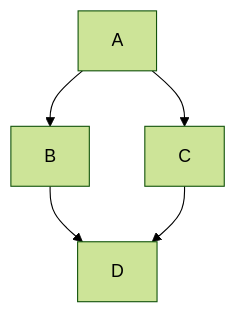
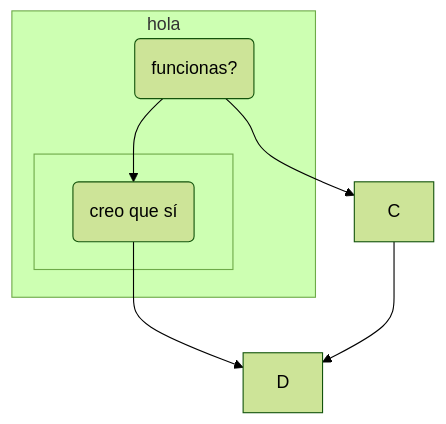
One commit to MiguelEstebanG/diagram changed the diagram in README.md. Above: the diagram before and after it, drawn with Mermaid (forest theme).

````diff
--- a/README.md
+++ b/README.md
@@ -3,10 +3,18 @@
 ```mermaid
 
 graph TD;
     A-->B;
     A-->C;
     B-->D;
     C-->D;
+
+    subgraph T[hola]
+        A(funcionas?)
+        subgraph G[ ]
+            B(creo que sí)
+        end
+    end
+
     linkStyle default stroke-width: 1px;
 
 ```
````
